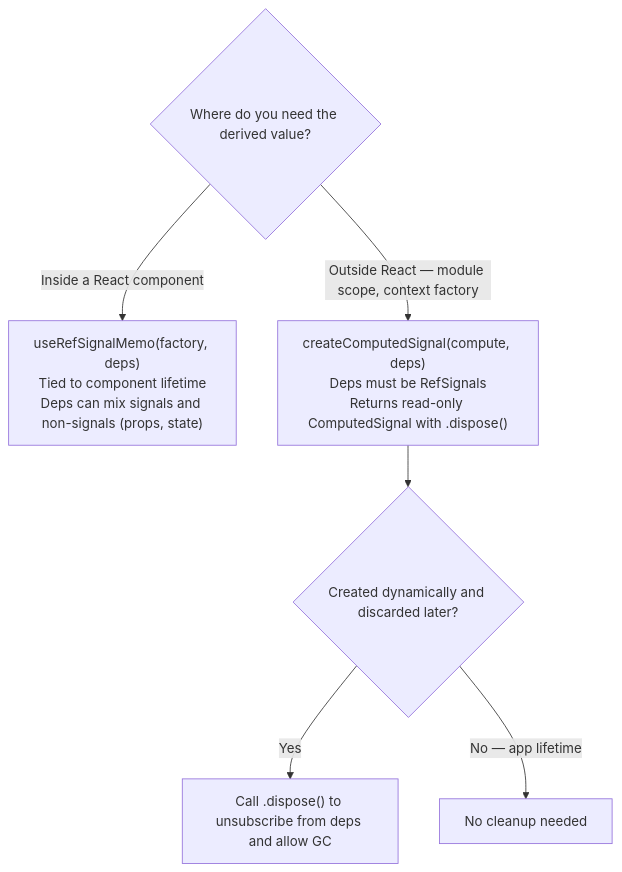
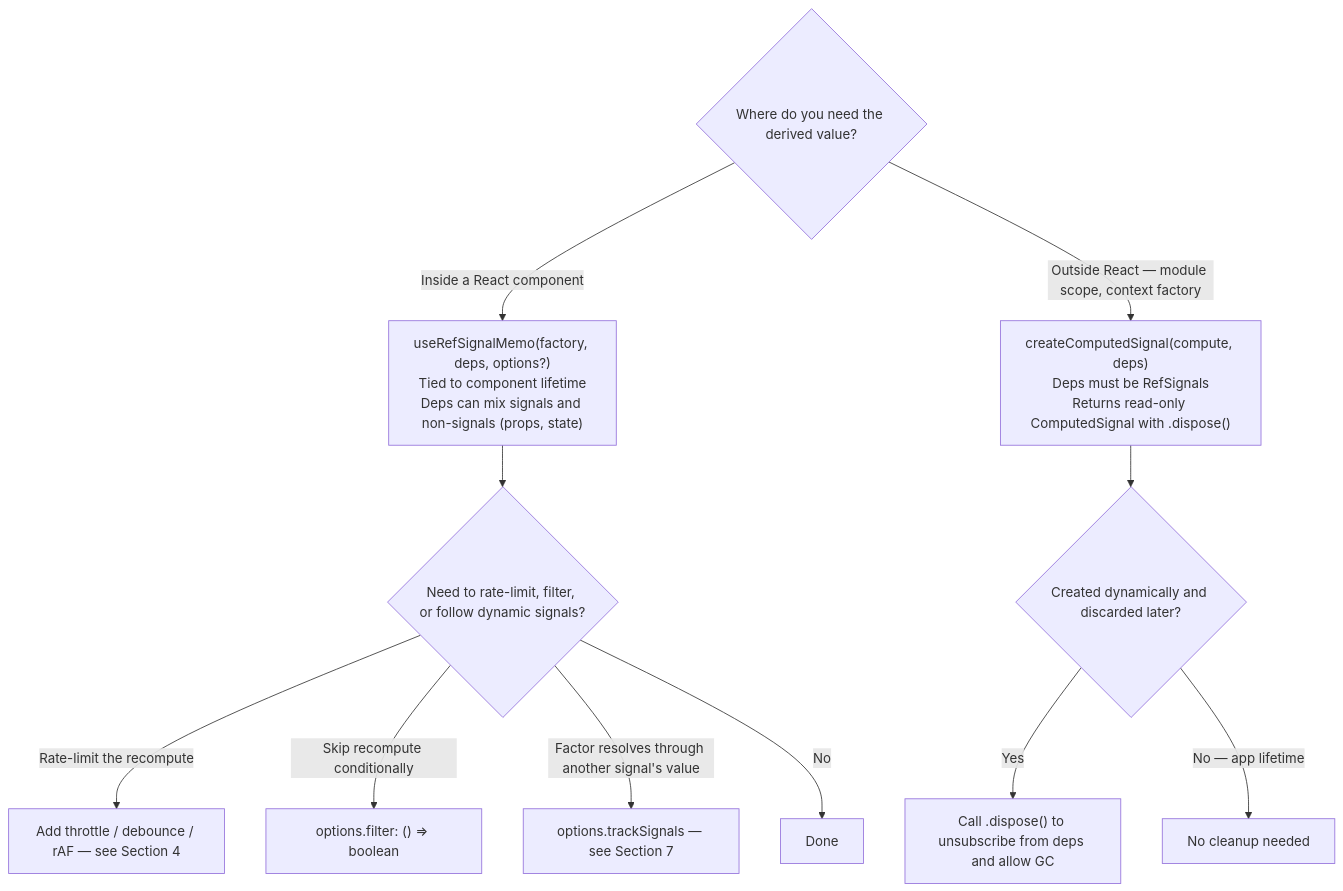
The sixth of 11 diagrams in docs/decision-tree.md (jav974/react-refsignal), drawn with Mermaid before and after one commit. The commit also changed other lines of this file, not shown here.

````diff
--- a/docs/decision-tree.md
+++ b/docs/decision-tree.md
@@ -118,11 +125,17 @@
 ```mermaid
 flowchart TD
     Q1{"Where do you need the derived value?"}
 
-    Q1 -->|Inside a React component| A["useRefSignalMemo(factory, deps)\nTied to component lifetime\nDeps can mix signals and non-signals (props, state)"]
+    Q1 -->|Inside a React component| A["useRefSignalMemo(factory, deps, options?)\nTied to component lifetime\nDeps can mix signals and non-signals (props, state)"]
     Q1 -->|"Outside React — module scope, context factory"| B["createComputedSignal(compute, deps)\nDeps must be RefSignals\nReturns read-only ComputedSignal with .dispose()"]
+
+    A --> Q3{"Need to rate-limit, filter, or follow dynamic signals?"}
+    Q3 -->|Rate-limit the recompute| E["Add throttle / debounce / rAF — see Section 4"]
+    Q3 -->|Skip recompute conditionally| F["options.filter: () => boolean"]
+    Q3 -->|"Factor resolves through another signal's value"| G["options.trackSignals — see Section 7"]
+    Q3 -->|No| H[Done]
 
     B --> Q2{"Created dynamically and discarded later?"}
     Q2 -->|Yes| C["Call .dispose() to unsubscribe from deps and allow GC"]
     Q2 -->|"No — app lifetime"| D[No cleanup needed]
 ```
````
